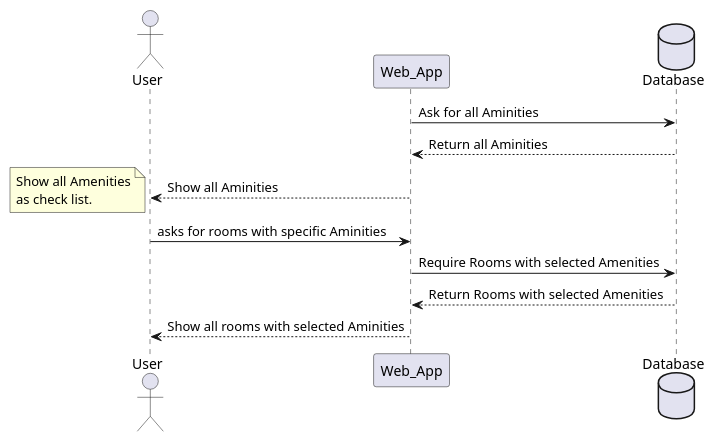
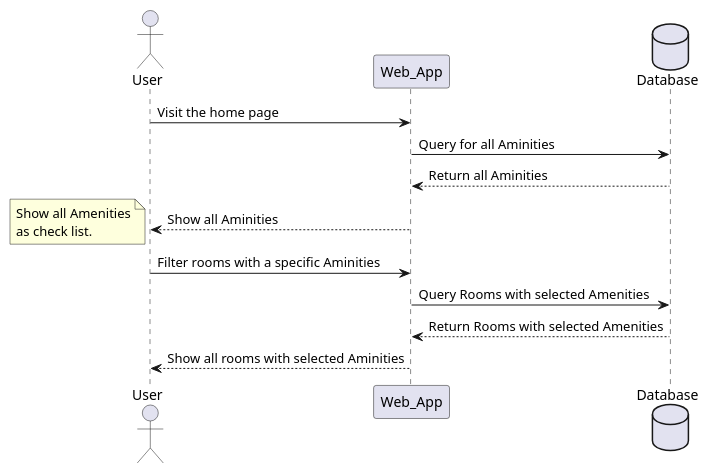
The diagram in Sequence_Diagrams/Filteration.puml (Hussien-LTS/Resaverse), drawn with PlantUML before and after one commit. The commit also changed 1 other file, not shown here.

```diff
--- a/Sequence_Diagrams/Filteration.puml
+++ b/Sequence_Diagrams/Filteration.puml
@@ -1,24 +1,25 @@
 @startuml Filteration
 
 actor User as User
 participant Web_App as Web_App
 database Database as DB
 
-Web_App -> DB: Ask for all Aminities
+User -> Web_App: Visit the home page
+Web_App -> DB: Query for all Aminities
 
 DB --> Web_App: Return all Aminities
 
 Web_App --> User: Show all Aminities
 note Left
   Show all Amenities
   as check list.
 end note
-User -> Web_App: asks for rooms with specific Aminities
+User -> Web_App: Filter rooms with a specific Aminities
 
-Web_App -> DB: Require Rooms with selected Amenities
+Web_App -> DB: Query Rooms with selected Amenities
 DB --> Web_App: Return Rooms with selected Amenities
 
 Web_App --> User: Show all rooms with selected Aminities
 
 
 @enduml
```
